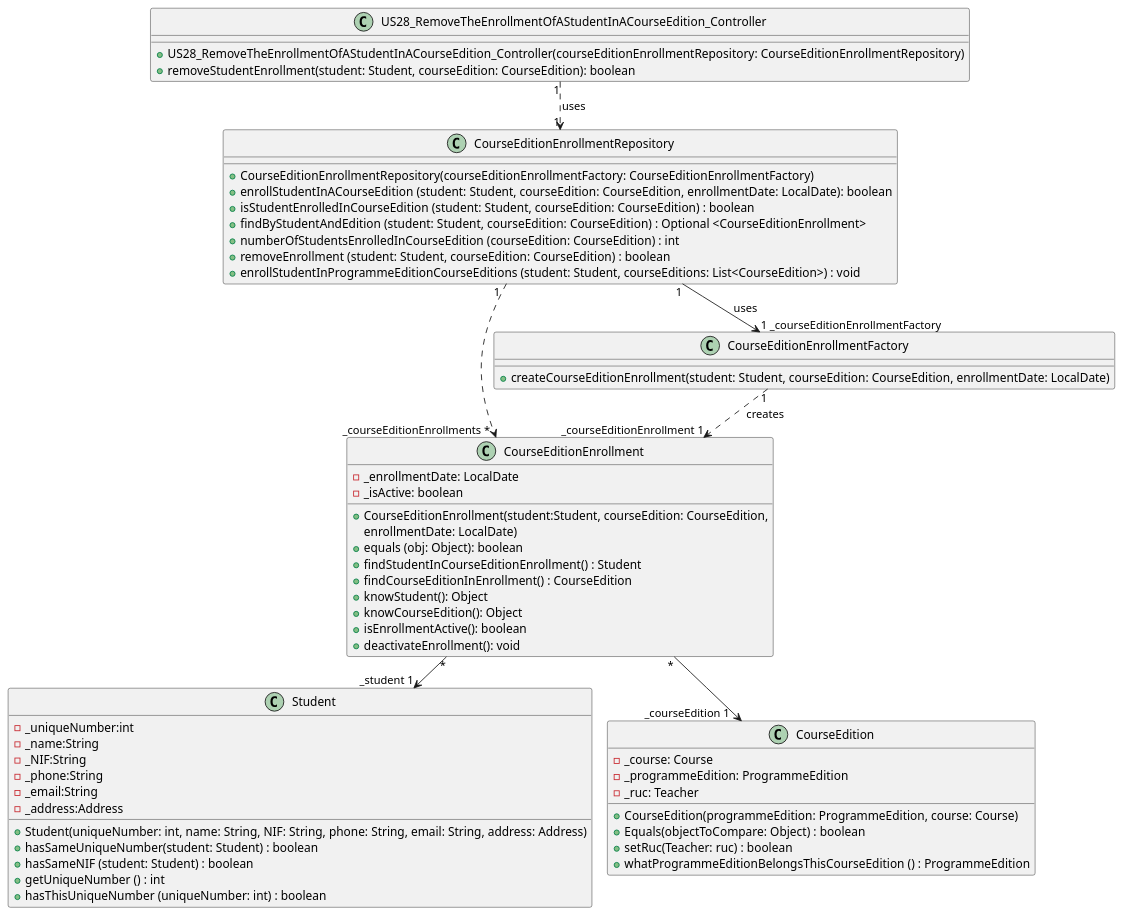
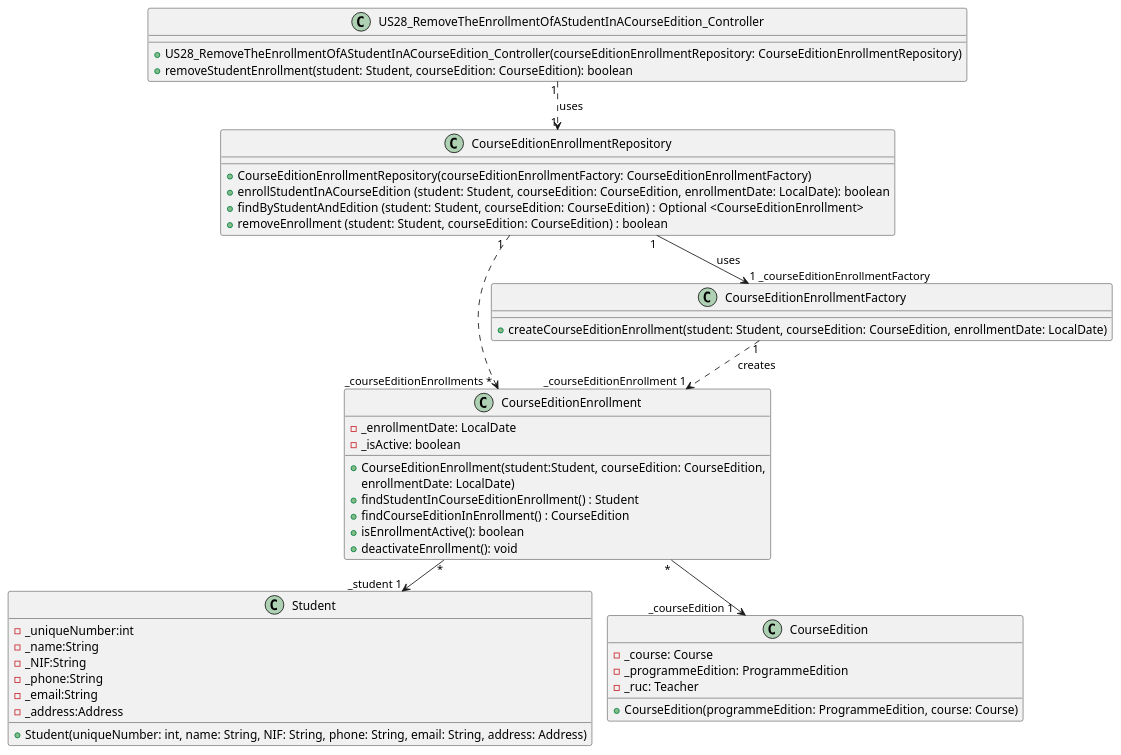
The diagram in docs/US28/US28_RemoveTheEnrollmentOfAStudentInACourseEdition_ClassDiagram.puml (GasparISEP/DevOps-PAI), drawn with PlantUML before and after one commit.

Commit message:
Refactor US28_ClassDiagram - Remove unnecessary elements for the use case

```diff
--- a/docs/US28/US28_RemoveTheEnrollmentOfAStudentInACourseEdition_ClassDiagram.puml
+++ b/docs/US28/US28_RemoveTheEnrollmentOfAStudentInACourseEdition_ClassDiagram.puml
@@ -1,67 +1,54 @@
 @startuml
 !pragma layout smetana
 
 class US28_RemoveTheEnrollmentOfAStudentInACourseEdition_Controller {
     +US28_RemoveTheEnrollmentOfAStudentInACourseEdition_Controller(courseEditionEnrollmentRepository: CourseEditionEnrollmentRepository)
     +removeStudentEnrollment(student: Student, courseEdition: CourseEdition): boolean
 }
 
 class CourseEditionEnrollment {
     -_enrollmentDate: LocalDate
     -_isActive: boolean
     +CourseEditionEnrollment(student:Student, courseEdition: CourseEdition,
      enrollmentDate: LocalDate)
-    +equals (obj: Object): boolean
     +findStudentInCourseEditionEnrollment() : Student
     +findCourseEditionInEnrollment() : CourseEdition
-    +knowStudent(): Object
-    +knowCourseEdition(): Object
     +isEnrollmentActive(): boolean
     +deactivateEnrollment(): void
 }
 
 class CourseEditionEnrollmentRepository {
     +CourseEditionEnrollmentRepository(courseEditionEnrollmentFactory: CourseEditionEnrollmentFactory)
     +enrollStudentInACourseEdition (student: Student, courseEdition: CourseEdition, enrollmentDate: LocalDate): boolean
-    +isStudentEnrolledInCourseEdition (student: Student, courseEdition: CourseEdition) : boolean
     +findByStudentAndEdition (student: Student, courseEdition: CourseEdition) : Optional <CourseEditionEnrollment>
-    +numberOfStudentsEnrolledInCourseEdition (courseEdition: CourseEdition) : int
     +removeEnrollment (student: Student, courseEdition: CourseEdition) : boolean
-    +enrollStudentInProgrammeEditionCourseEditions (student: Student, courseEditions: List<CourseEdition>) : void
 }
 
 class Student {
     -_uniqueNumber:int
     -_name:String
     -_NIF:String
     -_phone:String
     -_email:String
     -_address:Address
     +Student(uniqueNumber: int, name: String, NIF: String, phone: String, email: String, address: Address)
-    +hasSameUniqueNumber(student: Student) : boolean
-    +hasSameNIF (student: Student) : boolean
-    +getUniqueNumber () : int
-    +hasThisUniqueNumber (uniqueNumber: int) : boolean
 }
 
 class CourseEdition {
     -_course: Course
     -_programmeEdition: ProgrammeEdition
     -_ruc: Teacher
     +CourseEdition(programmeEdition: ProgrammeEdition, course: Course)
-    +Equals(objectToCompare: Object) : boolean
-    +setRuc(Teacher: ruc) : boolean
-    +whatProgrammeEditionBelongsThisCourseEdition () : ProgrammeEdition
 }
 
 class CourseEditionEnrollmentFactory {
     +createCourseEditionEnrollment(student: Student, courseEdition: CourseEdition, enrollmentDate: LocalDate)
 }
 
 CourseEditionEnrollment "*" --> "_student 1" Student
 CourseEditionEnrollment "*" --> "_courseEdition 1    " CourseEdition
 CourseEditionEnrollmentRepository"   1  " ..> "    _courseEditionEnrollments *  "CourseEditionEnrollment
 CourseEditionEnrollmentFactory "1" ..> "      _courseEditionEnrollment 1"CourseEditionEnrollment : creates
 CourseEditionEnrollmentRepository "1" --> "1 _courseEditionEnrollmentFactory      " CourseEditionEnrollmentFactory : uses
 US28_RemoveTheEnrollmentOfAStudentInACourseEdition_Controller "1" ..> "1" CourseEditionEnrollmentRepository : uses
 @enduml
```
